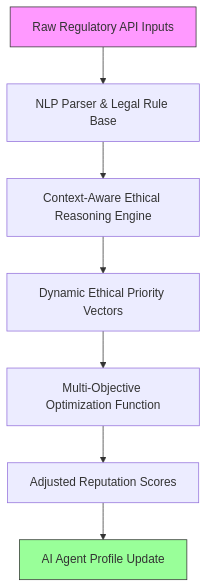
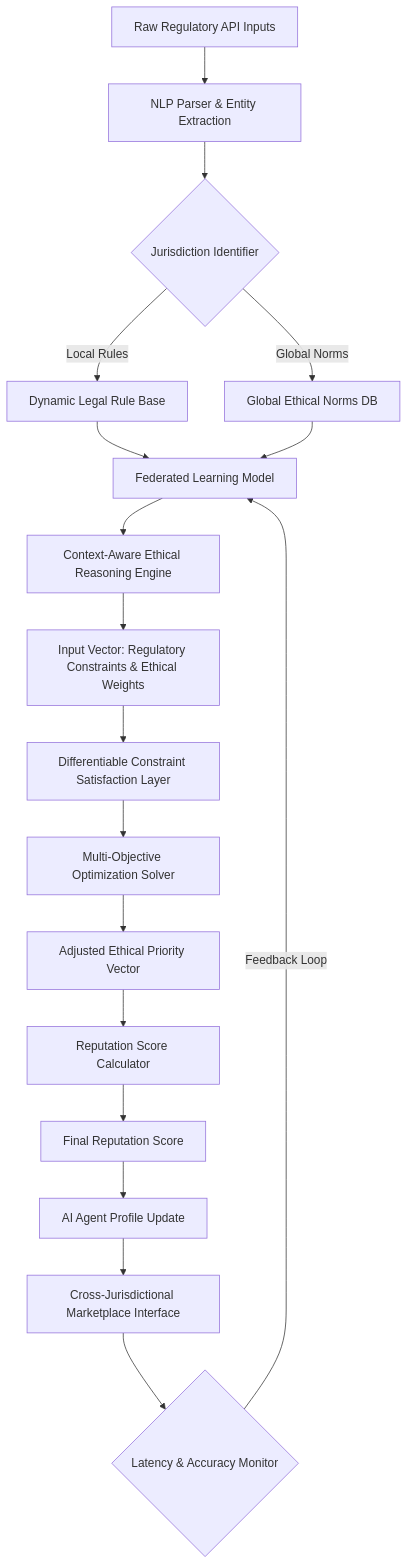
The diagram in inventions/inv_adaptive_legal_ethical_reputation_portability_en_de64d.md (shawnhvac/agentworld-prior-art), drawn with Mermaid before and after one commit. The commit also changed 108 other files, not shown here.

````diff
--- a/inventions/inv_adaptive_legal_ethical_reputation_portability_en_de64d.md
+++ b/inventions/inv_adaptive_legal_ethical_reputation_portability_en_de64d.md
@@ -47,11 +47,20 @@
 ```mermaid
 graph TD
-    A[Raw Regulatory API Inputs] --> B[NLP Parser & Legal Rule Base]
-    B --> C[Context-Aware Ethical Reasoning Engine]
-    C --> D[Dynamic Ethical Priority Vectors]
-    D --> E[Multi-Objective Optimization Function]
-    E --> F[Adjusted Reputation Scores]
-    F --> G[AI Agent Profile Update]
-    style A fill:#f9f,stroke:#333
-    style G fill:#9f9,stroke:#333
+    A[Raw Regulatory API Inputs] --> B[NLP Parser & Entity Extraction]
+    B --> C{Jurisdiction Identifier}
+    C -->|Local Rules| D[Dynamic Legal Rule Base]
+    C -->|Global Norms| E[Global Ethical Norms DB]
+    D --> F[Federated Learning Model]
+    E --> F
+    F --> G[Context-Aware Ethical Reasoning Engine]
+    G --> H[Input Vector: Regulatory Constraints & Ethical Weights]
+    H --> I[Differentiable Constraint Satisfaction Layer]
+    I --> J[Multi-Objective Optimization Solver]
+    J --> K[Adjusted Ethical Priority Vector]
+    K --> L[Reputation Score Calculator]
+    L --> M[Final Reputation Score]
+    M --> N[AI Agent Profile Update]
+    N --> O[Cross-Jurisdictional Marketplace Interface]
+    O --> P{Latency & Accuracy Monitor}
+    P -->|Feedback Loop| F
 ```
````
